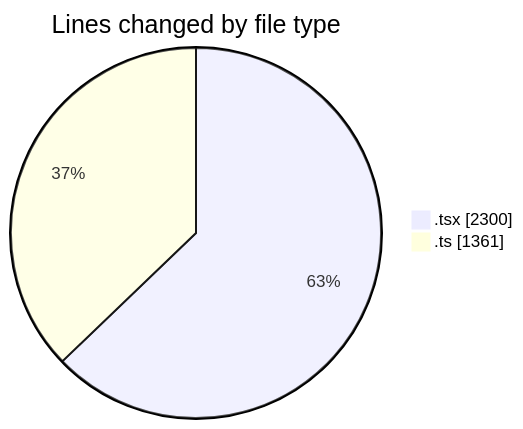
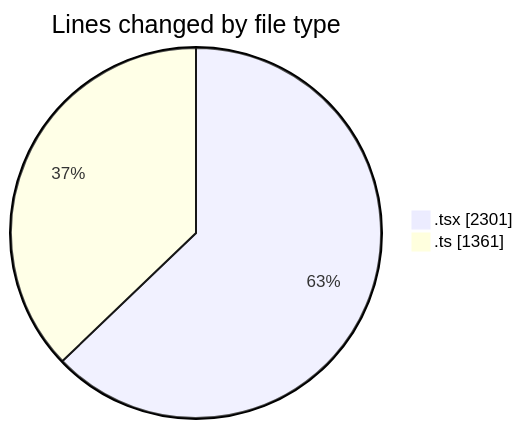
Before and after one commit to nxtqubesakshisongat/code-tracking: the first of 2 diagrams in 2026-03-06/nxtqube_webapp/README.md, drawn with Mermaid. The commit also changed other lines of this file and 1 other file, not shown here.

````diff
--- a/2026-03-06/nxtqube_webapp/README.md
+++ b/2026-03-06/nxtqube_webapp/README.md
@@ -29,6 +29,6 @@
 ```mermaid
 pie showData
 title Lines changed by file type
-".tsx" : 2300
+".tsx" : 2301
 ".ts" : 1361
 ```
````
